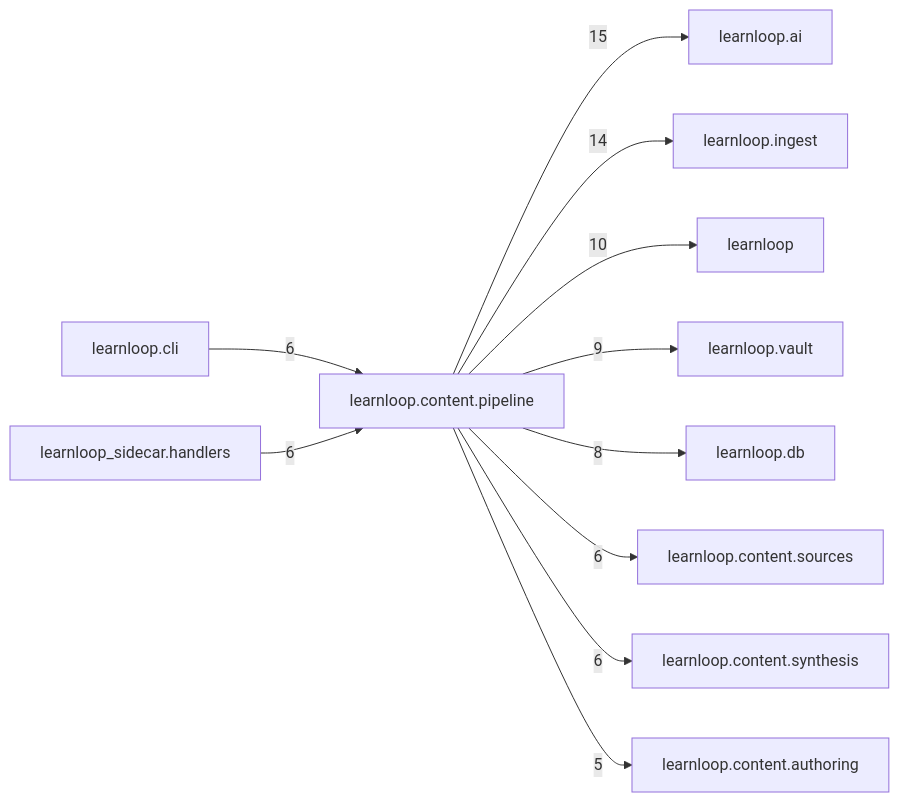
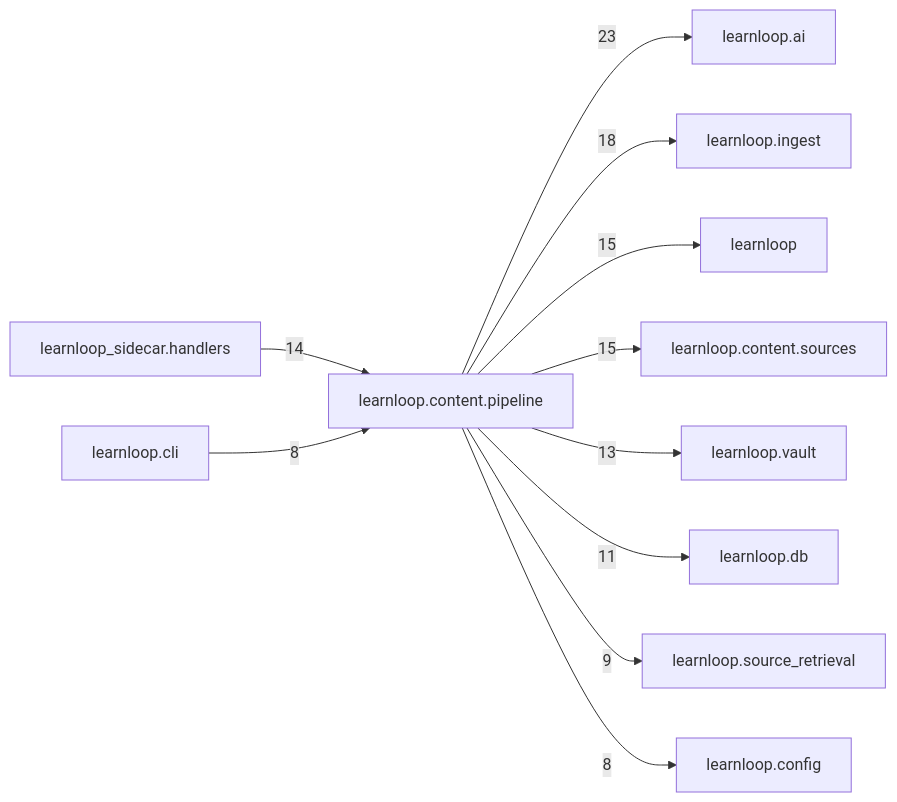
One commit to 6up-b/learnanything changed the diagram in docs/learnloop-architecture-vault/Reference/Modules/learnloop/content/pipeline/_package.md. Above: the diagram before and after it, drawn with Mermaid. The commit also changed other lines of this file and 1202 other files, not shown here.

````diff
--- a/docs/learnloop-architecture-vault/Reference/Modules/learnloop/content/pipeline/_package.md
+++ b/docs/learnloop-architecture-vault/Reference/Modules/learnloop/content/pipeline/_package.md
@@ -99,24 +112,24 @@
 ```mermaid
 flowchart LR
     center["learnloop.content.pipeline"]
     n_learnloop_ai["learnloop.ai"]
     n_learnloop_ingest["learnloop.ingest"]
     n_learnloop["learnloop"]
+    n_learnloop_content_sources["learnloop.content.sources"]
+    n_learnloop_sidecar_handlers["learnloop_sidecar.handlers"]
     n_learnloop_vault["learnloop.vault"]
     n_learnloop_db["learnloop.db"]
+    n_learnloop_source_retrieval["learnloop.source_retrieval"]
     n_learnloop_cli["learnloop.cli"]
-    n_learnloop_content_sources["learnloop.content.sources"]
-    n_learnloop_content_synthesis["learnloop.content.synthesis"]
-    n_learnloop_sidecar_handlers["learnloop_sidecar.handlers"]
-    n_learnloop_content_authoring["learnloop.content.authoring"]
-    center -->|15| n_learnloop_ai
-    center -->|14| n_learnloop_ingest
-    center -->|10| n_learnloop
-    center -->|9| n_learnloop_vault
-    center -->|8| n_learnloop_db
-    n_learnloop_cli -->|6| center
-    center -->|6| n_learnloop_content_sources
-    center -->|6| n_learnloop_content_synthesis
-    n_learnloop_sidecar_handlers -->|6| center
-    center -->|5| n_learnloop_content_authoring
+    n_learnloop_config["learnloop.config"]
+    center -->|23| n_learnloop_ai
+    center -->|18| n_learnloop_ingest
+    center -->|15| n_learnloop
+    center -->|15| n_learnloop_content_sources
+    n_learnloop_sidecar_handlers -->|14| center
+    center -->|13| n_learnloop_vault
+    center -->|11| n_learnloop_db
+    center -->|9| n_learnloop_source_retrieval
+    n_learnloop_cli -->|8| center
+    center -->|8| n_learnloop_config
 ```
````
